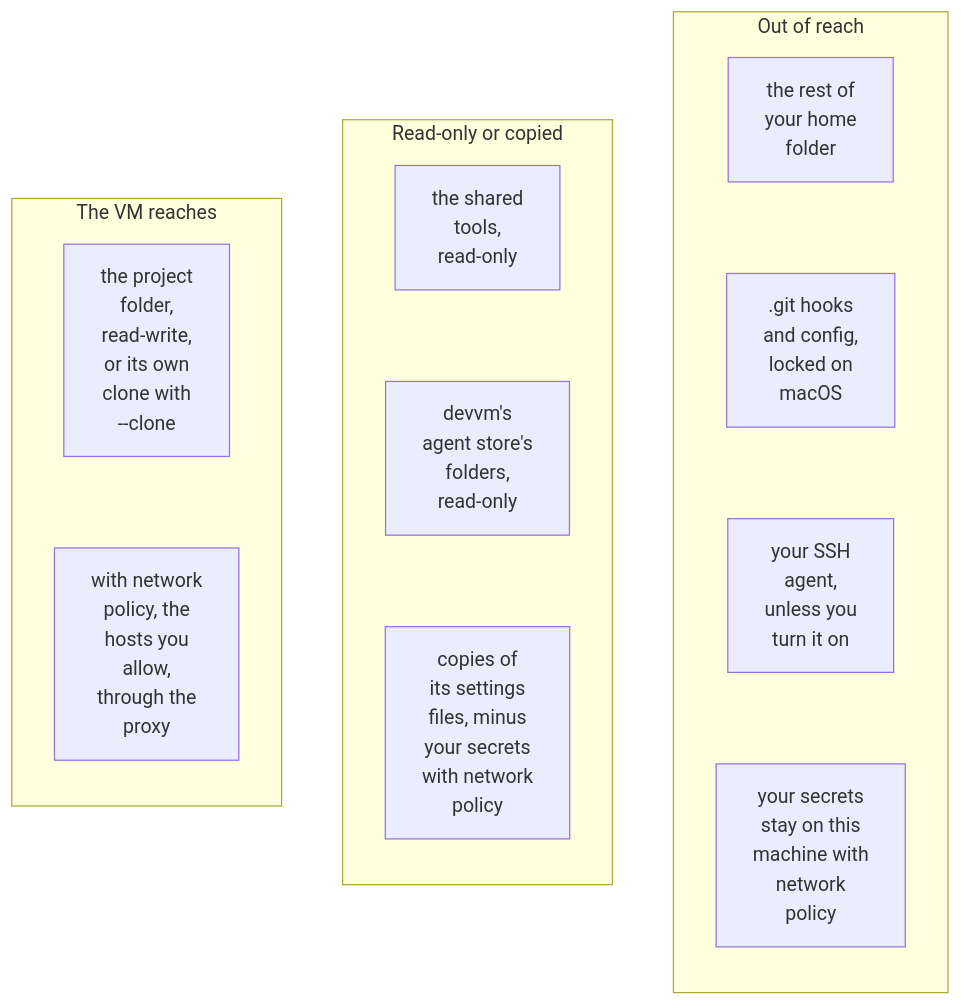
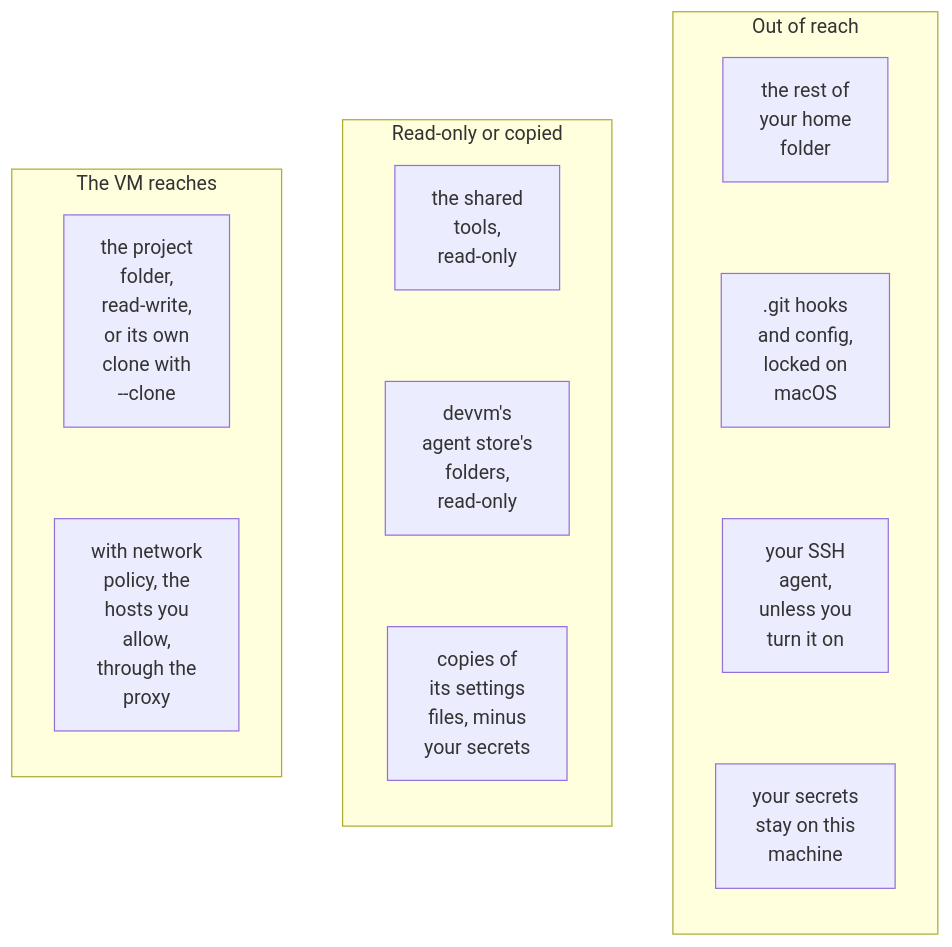
The diagram in docs/content/docs/safety/_index.md (DustyPolk/devvm), drawn with Mermaid before and after one commit. The commit also changed other lines of this file and 40 other files, not shown here.

````diff
--- a/docs/content/docs/safety/_index.md
+++ b/docs/content/docs/safety/_index.md
@@ -24,31 +24,31 @@
 ```mermaid
 ---
 config:
   flowchart:
     minNodeWidth: 0
 ---
 flowchart TB
   %% Narrower nodes than other diagrams' and labels of at most 12 characters a line, so three
   %% columns fit the page. Mermaid lays the columns out from right to left, so the last one comes first.
   subgraph out["Out of reach"]
     direction TB
     home["the rest of<br>your home<br>folder"]
     git[".git hooks<br>and config,<br>locked on<br>macOS"]
     agent["your SSH<br>agent,<br>unless you<br>turn it on"]
-    secrets["your secrets<br>stay on this<br>machine with<br>network<br>policy"]
+    secrets["your secrets<br>stay on this<br>machine"]
     home ~~~ git ~~~ agent ~~~ secrets
   end
   subgraph copied["Read-only or copied"]
     direction TB
     tools["the shared<br>tools,<br>read-only"]
     folders["devvm's<br>agent store's<br>folders,<br>read-only"]
-    files["copies of<br>its settings<br>files, minus<br>your secrets<br>with network<br>policy"]
+    files["copies of<br>its settings<br>files, minus<br>your secrets"]
     tools ~~~ folders ~~~ files
   end
   subgraph reach["The VM reaches"]
     direction TB
     folder["the project<br>folder,<br>read-write,<br>or its own<br>clone with<br>--clone"]
     hosts["with network<br>policy, the<br>hosts you<br>allow,<br>through the<br>proxy"]
     folder ~~~ hosts
   end
 ```
````
